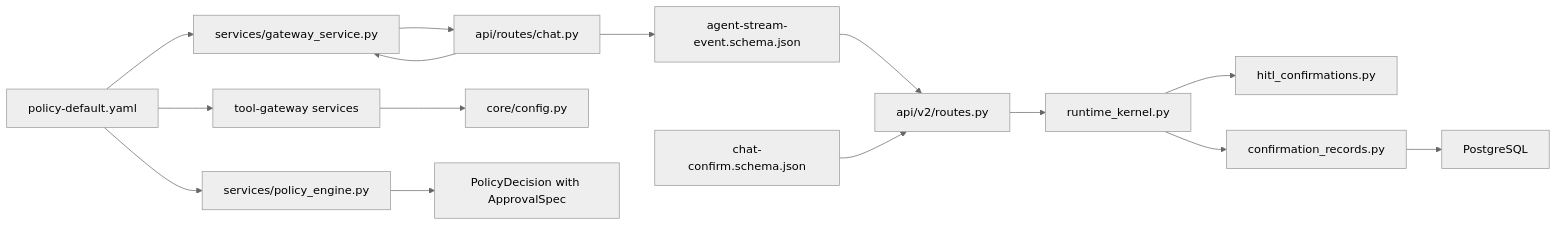
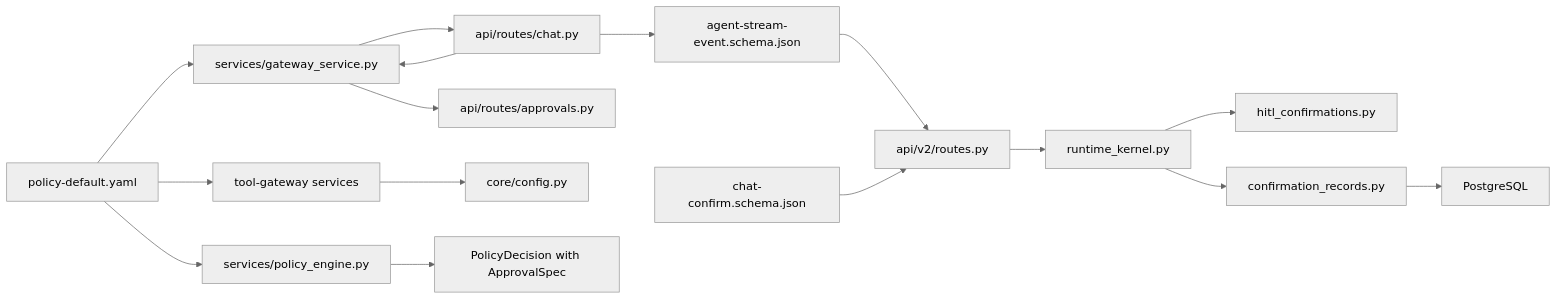
Diagram 11 of 11 in .qoder/repowiki/en/content/Agent Platform Service/HITL Confirmation Bridging (SPEC-020).md (metasync/luban-aiops), drawn with Mermaid (neutral theme) before and after one commit. The commit also changed other lines of this file and 36 other files, not shown here.

````diff
--- a/.qoder/repowiki/en/content/Agent Platform Service/HITL Confirmation Bridging (SPEC-020).md
+++ b/.qoder/repowiki/en/content/Agent Platform Service/HITL Confirmation Bridging (SPEC-020).md
@@ -530,17 +559,18 @@
 ```mermaid
 graph LR
 SCHEMA["agent-stream-event.schema.json"] --> ROUTES["api/v2/routes.py"]
 CONFIRM_SCHEMA["chat-confirm.schema.json"] --> ROUTES
 POLICY["policy-default.yaml"] --> GWSVC["services/gateway_service.py"]
 POLICY --> TGSVC["tool-gateway services"]
 POLICY --> PE["services/policy_engine.py"]
 GWSVC --> CHATROUTE["api/routes/chat.py"]
+GWSVC --> APPROVALSROUTE["api/routes/approvals.py"]
 ROUTES --> KERNEL["runtime_kernel.py"]
 KERNEL --> REGISTRY["hitl_confirmations.py"]
 KERNEL --> RECORDS["confirmation_records.py"]
 RECORDS --> POSTGRES["PostgreSQL"]
 CHATROUTE --> GWSVC
 CHATROUTE --> SCHEMA
 TGSVC --> CONFIG["core/config.py"]
 PE --> DECISION["PolicyDecision with ApprovalSpec"]
 ```
````
